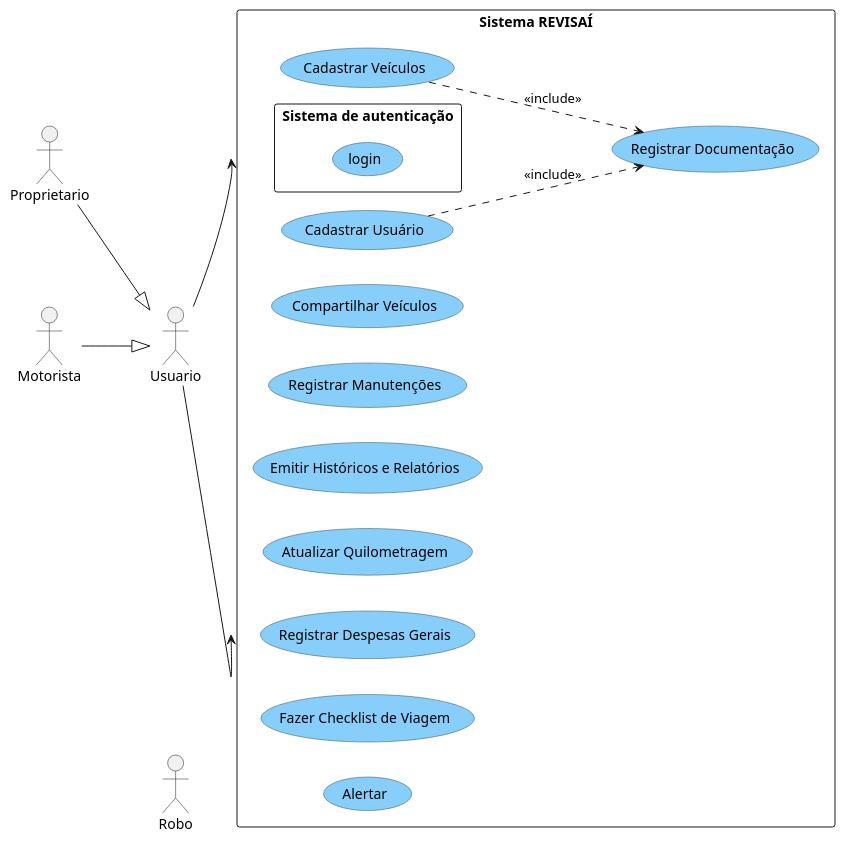
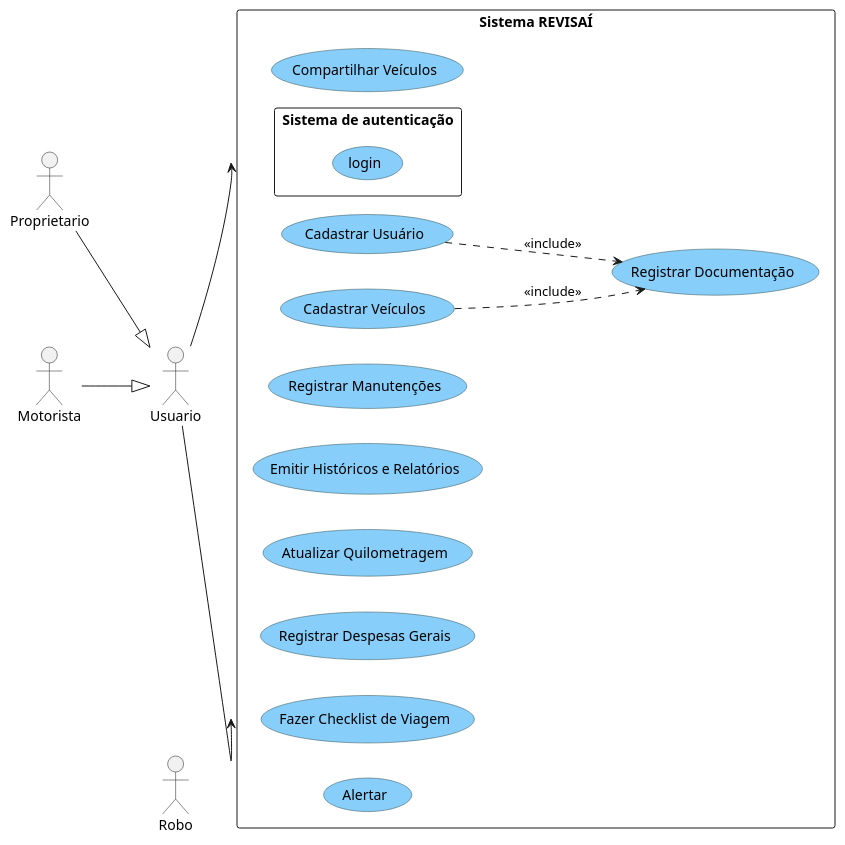
The first of 2 diagrams in modelos/readme.md (adsifs/2025.1_AOO_AV), drawn with PlantUML before and after one commit. The commit also changed other lines of this file, not shown here.

````diff
--- a/modelos/readme.md
+++ b/modelos/readme.md
@@ -7,53 +7,52 @@
 ```puml
 @startuml
 left to right direction
 skinparam packageStyle rectangle
 skinparam usecase {
   BackgroundColor LightSkyBlue
   BorderColor DarkSlateGray
 }
 
 actor Usuario
+actor Motorista
 actor Proprietario
-actor Motorista
 actor Robo
 
 rectangle "Sistema REVISAÍ" {
 
  rectangle "Sistema de autenticação" {
     usecase "login" as UC1
 }
   
     usecase "Cadastrar Usuário" as UC2
     usecase "Registrar Documentação" as UC3
     usecase "Cadastrar Veículos" as UC4
     usecase "Compartilhar Veículos" as UC5
     usecase "Registrar Manutenções" as UC6
     usecase "Emitir Históricos e Relatórios" as UC7
     usecase "Atualizar Quilometragem" as UC8
     usecase "Registrar Despesas Gerais" as UC9
     usecase "Fazer Checklist de Viagem" as UC10
   
   usecase "Alertar" as UC11
 }
 
 Usuario --> UC1
 Usuario --> UC2
-Usuario --> UC5
+Usuario --> UC4
 Usuario --> UC6
 Usuario --> UC7
 Usuario --> UC8
 Usuario --> UC9
-Proprietario --> UC4
+Usuario --> UC10
+Proprietario --> UC5
 
 Motorista --|> Usuario
 Proprietario --|> Usuario
 Robo --> UC11
 
 UC2 ..> UC3 : <<include>>
 UC4 ..> UC3 : <<include>>
 
 @enduml
-
-
 ```
````
